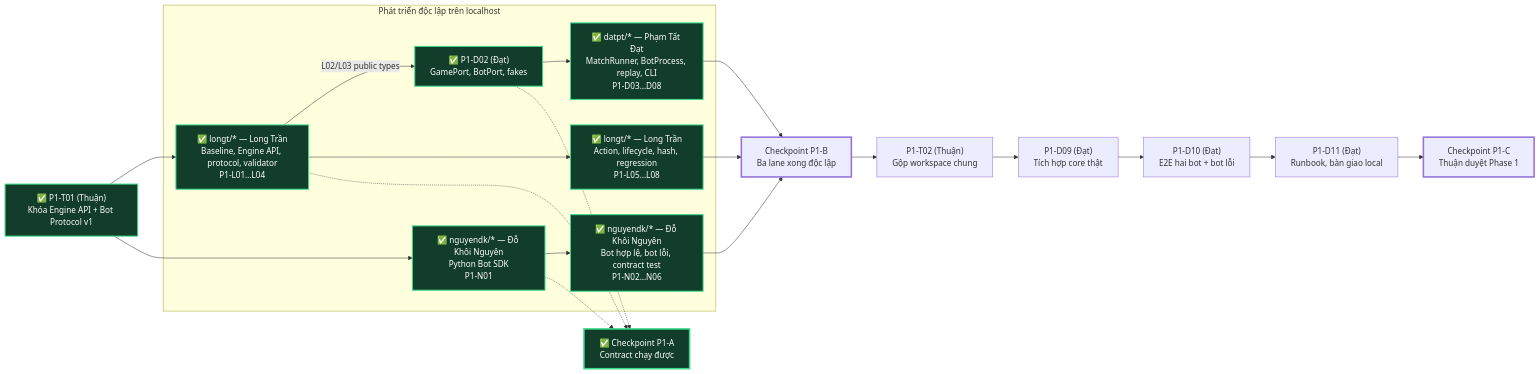
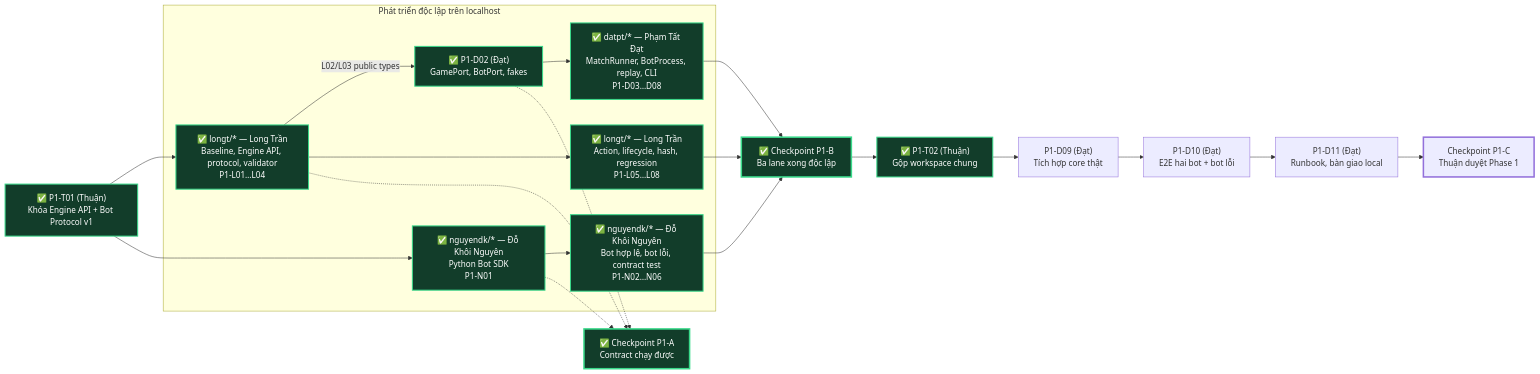
One commit to sock1000kg/dau-giai-ott changed the first of 2 diagrams in docs/team-assignment-phase-1-2.md. Above: the diagram before and after it, drawn with Mermaid. The commit also changed other lines of this file and 16 other files, not shown here.

````diff
--- a/docs/team-assignment-phase-1-2.md
+++ b/docs/team-assignment-phase-1-2.md
@@ -89,36 +89,36 @@
 ```mermaid
 flowchart LR
     T01["✅ P1-T01 (Thuận)<br/>Khóa Engine API + Bot Protocol v1"]
 
     subgraph LANES["Phát triển độc lập trên localhost"]
         L1["✅ longt/* — Long Trần<br/>Baseline, Engine API, protocol, validator<br/>P1-L01…L04"]
         L2["✅ longt/* — Long Trần<br/>Action, lifecycle, hash, regression<br/>P1-L05…L08"]
         N1["✅ nguyendk/* — Đỗ Khôi Nguyên<br/>Python Bot SDK<br/>P1-N01"]
         N2["✅ nguyendk/* — Đỗ Khôi Nguyên<br/>Bot hợp lệ, bot lỗi, contract test<br/>P1-N02…N06"]
         D1["✅ P1-D02 (Đạt)<br/>GamePort, BotPort, fakes"]
         D2["✅ datpt/* — Phạm Tất Đạt<br/>MatchRunner, BotProcess, replay, CLI<br/>P1-D03…D08"]
     end
 
     PA["✅ Checkpoint P1-A<br/>Contract chạy được"]
-    PB["Checkpoint P1-B<br/>Ba lane xong độc lập"]
-    T02["P1-T02 (Thuận)<br/>Gộp workspace chung"]
+    PB["✅ Checkpoint P1-B<br/>Ba lane xong độc lập"]
+    T02["✅ P1-T02 (Thuận)<br/>Gộp workspace chung"]
     D9["P1-D09 (Đạt)<br/>Tích hợp core thật"]
     D10["P1-D10 (Đạt)<br/>E2E hai bot + bot lỗi"]
     D11["P1-D11 (Đạt)<br/>Runbook, bàn giao local"]
     PC["Checkpoint P1-C<br/>Thuận duyệt Phase 1"]
 
     T01 --> L1
     T01 --> N1
     L1 -->|L02/L03 public types| D1
     L1 --> L2
     N1 --> N2
     D1 --> D2
     L1 & N1 & D1 -.-> PA
     L2 & N2 & D2 --> PB
     PB --> T02 --> D9 --> D10 --> D11 --> PC
 
     classDef done fill:#123d2a,stroke:#39d98a,color:#ffffff,stroke-width:2px;
     classDef gate stroke-width:3px;
-    class T01,L1,L2,N1,N2,D1,D2,PA done;
+    class T01,L1,L2,N1,N2,D1,D2,PA,PB,T02 done;
     class PA,PB,PC gate;
 ```
````
